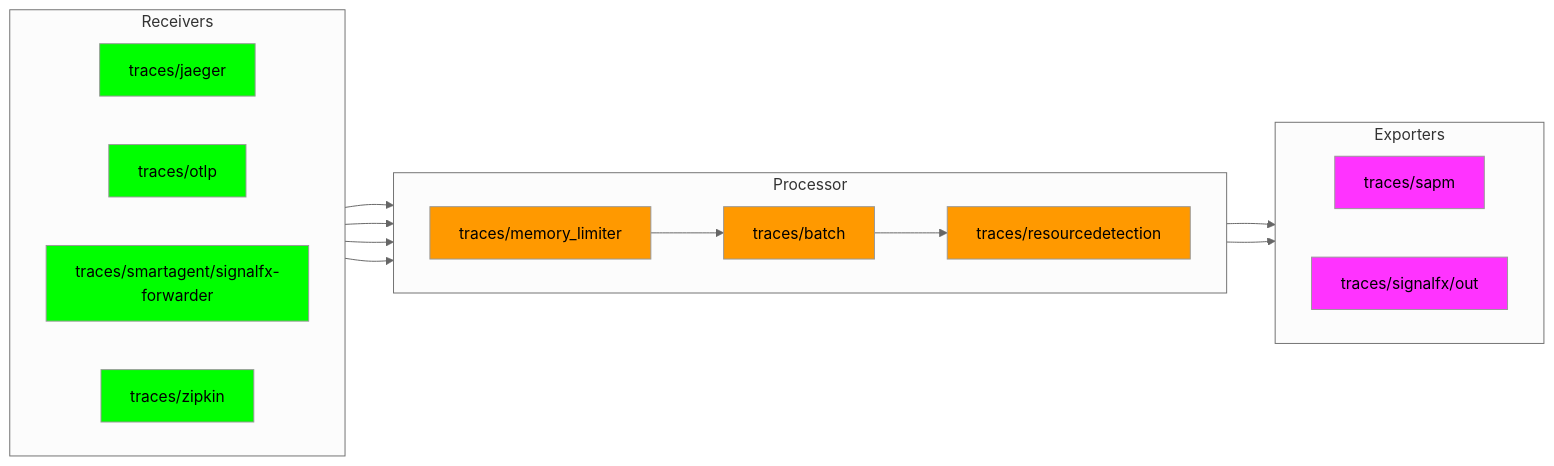
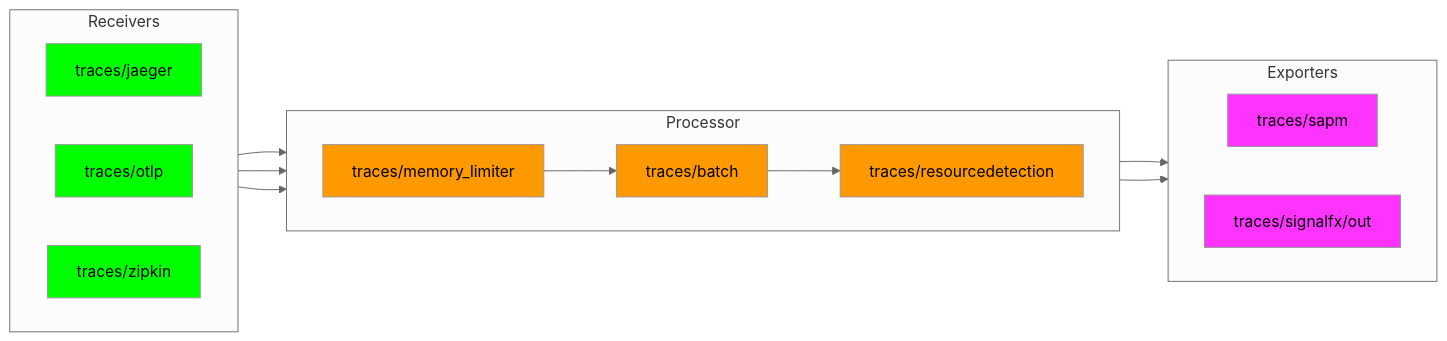
The third of 3 diagrams in gdi/opentelemetry/configure-the-collector-ootb.rst (splunk/public-o11y-docs), drawn with Mermaid (neutral theme) before and after one commit. The commit also changed other lines of this file and 5 other files, not shown here.

```diff
--- a/gdi/opentelemetry/configure-the-collector-ootb.rst
+++ b/gdi/opentelemetry/configure-the-collector-ootb.rst
@@ -167,41 +162,39 @@
 .. mermaid:: 
 
    flowchart LR
 
       accTitle: Default traces pipeline diagram
       accDescr: Receivers send traces to the traces/memory_limiter processor. The traces/memory_limiter processor sends traces to the batch processor, and the batch processor sends traces to the resource detection processor. The resource detection processor sends traces to the Splunk APM exporter and the SignalFx exporter.
 
       %% LR indicates the direction (left-to-right)
 
       %% You can define classes to style nodes and other elements
       classDef receiver fill:#00FF00
       classDef processor fill:#FF9900
       classDef exporter fill:#FF33FF
 
       %% Each subgraph determines what's in each category
       subgraph Receivers
          direction LR
          traces/jaeger:::receiver
          traces/otlp:::receiver
-         traces/smartagent/signalfx-forwarder:::receiver
          traces/zipkin:::receiver
       end
 
       subgraph Processor
          direction LR
          traces/memory_limiter:::processor --> traces/batch:::processor --> traces/resourcedetection:::processor
       end
 
       subgraph Exporters
          direction LR
          traces/sapm:::exporter
          traces/signalfx/out:::exporter
       end
 
       %% Connections beyond categories are added later
       traces/jaeger --> traces/memory_limiter
       traces/otlp --> traces/memory_limiter
-      traces/smartagent/signalfx-forwarder --> traces/memory_limiter
       traces/zipkin --> traces/memory_limiter
       traces/resourcedetection --> traces/sapm
       traces/resourcedetection --> traces/signalfx/out
```
